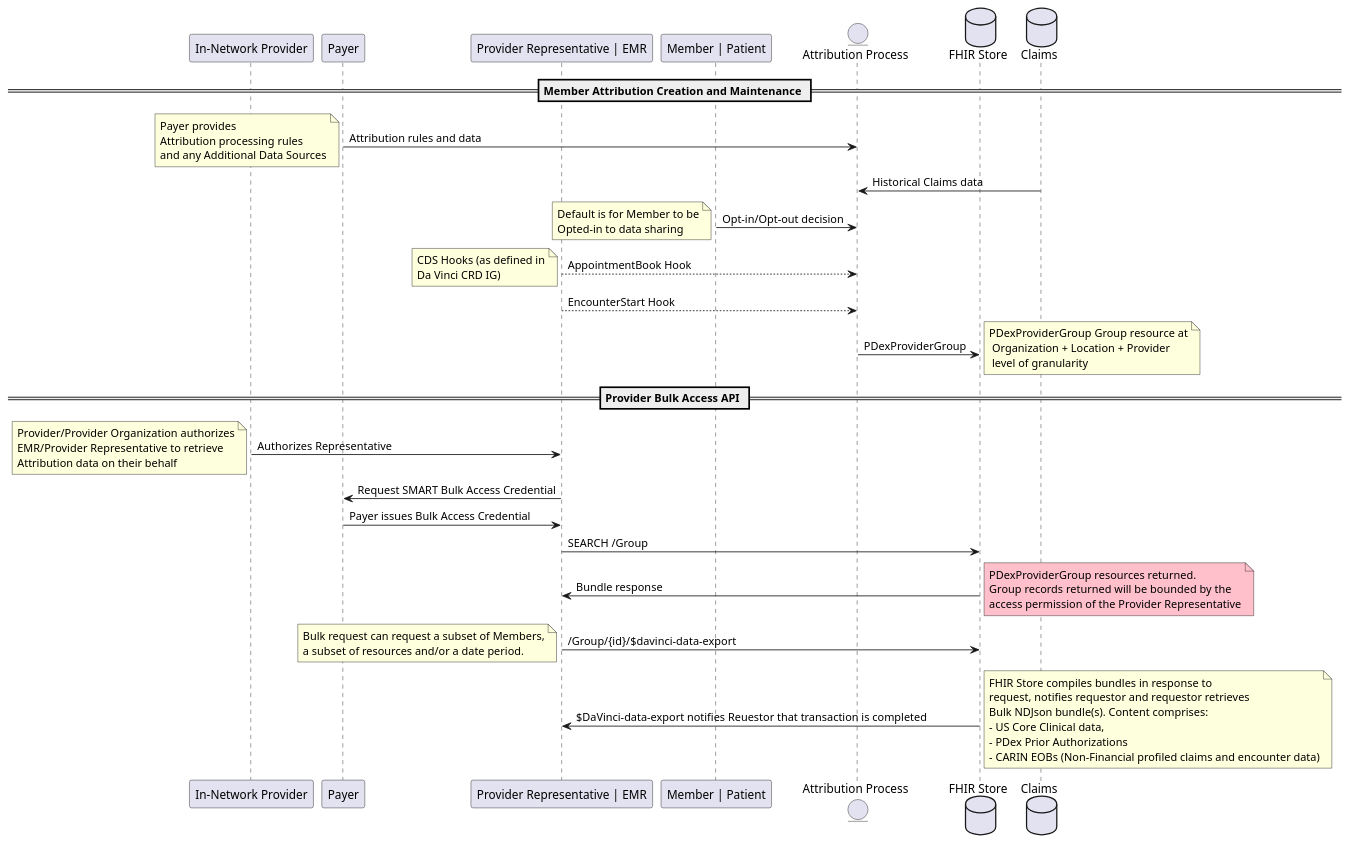
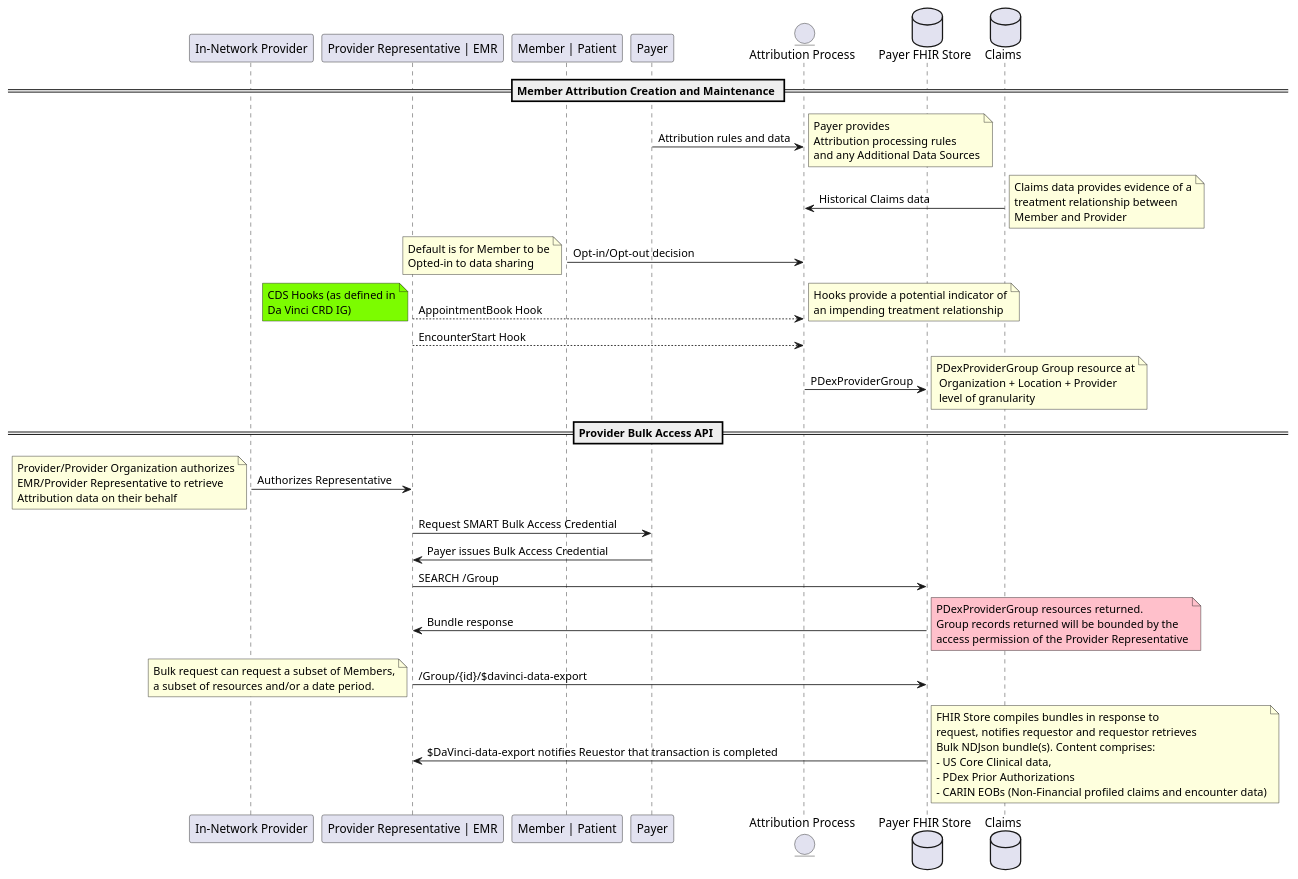
Before and after one commit to HL7/davinci-epdx: the diagram in input/images-source/provider-access-api.plantuml, drawn with PlantUML. The commit also changed 9 other files, not shown here.

Commit message:
[#2] Expanded Provider Access and Payer-to-Payer Narrative

```diff
--- a/input/images-source/provider-access-api.plantuml
+++ b/input/images-source/provider-access-api.plantuml
@@ -1,66 +1,75 @@
 @startuml
 skinparam svgDimensionStyle false
 participant "In-Network Provider" as Provider
-participant "Payer" as Payer
 participant "Provider Representative | EMR" as EMR
 Participant "Member | Patient" as Member
+participant "Payer" as Payer
 entity "Attribution Process" as Attribution
-database "FHIR Store" as FHIRServer
+database "Payer FHIR Store" as FHIRServer
 database "Claims" as Claims
 == Member Attribution Creation and Maintenance ==
 Payer -> Attribution : Attribution rules and data
-note left
+note right
   Payer provides
   Attribution processing rules
   and any Additional Data Sources
 endnote
 Claims -> Attribution : Historical Claims data
+note right
+  Claims data provides evidence of a
+  treatment relationship between
+  Member and Provider
+endnote
 Member -> Attribution : Opt-in/Opt-out decision
 note left
   Default is for Member to be
   Opted-in to data sharing
 endnote
 EMR --> Attribution: AppointmentBook Hook
-note left
+note left #LawnGreen
   CDS Hooks (as defined in
   Da Vinci CRD IG)
+endnote
+note right
+  Hooks provide a potential indicator of
+  an impending treatment relationship
 endnote
 EMR --> Attribution: EncounterStart Hook
 Attribution -> FHIRServer: PDexProviderGroup
 note right
 	PDexProviderGroup Group resource at
   Organization + Location + Provider
   level of granularity
 endnote
 
 == Provider Bulk Access API ==
 Provider -> EMR: Authorizes Representative
 note left
   Provider/Provider Organization authorizes
   EMR/Provider Representative to retrieve
   Attribution data on their behalf
 endnote
 EMR -> Payer: Request SMART Bulk Access Credential
 Payer -> EMR: Payer issues Bulk Access Credential
 EMR -> FHIRServer: SEARCH /Group
 FHIRServer -> EMR: Bundle response
 note right #Pink
   PDexProviderGroup resources returned.
   Group records returned will be bounded by the
   access permission of the Provider Representative
 endnote
 EMR -> FHIRServer: /Group/{id}/$davinci-data-export
 note left
   Bulk request can request a subset of Members,
   a subset of resources and/or a date period.
 endnote
 FHIRServer -> EMR: $DaVinci-data-export notifies Reuestor that transaction is completed
 note right
 FHIR Store compiles bundles in response to
 request, notifies requestor and requestor retrieves
 Bulk NDJson bundle(s). Content comprises:
 - US Core Clinical data,
 - PDex Prior Authorizations
 - CARIN EOBs (Non-Financial profiled claims and encounter data)
 endnote
 @enduml
```
